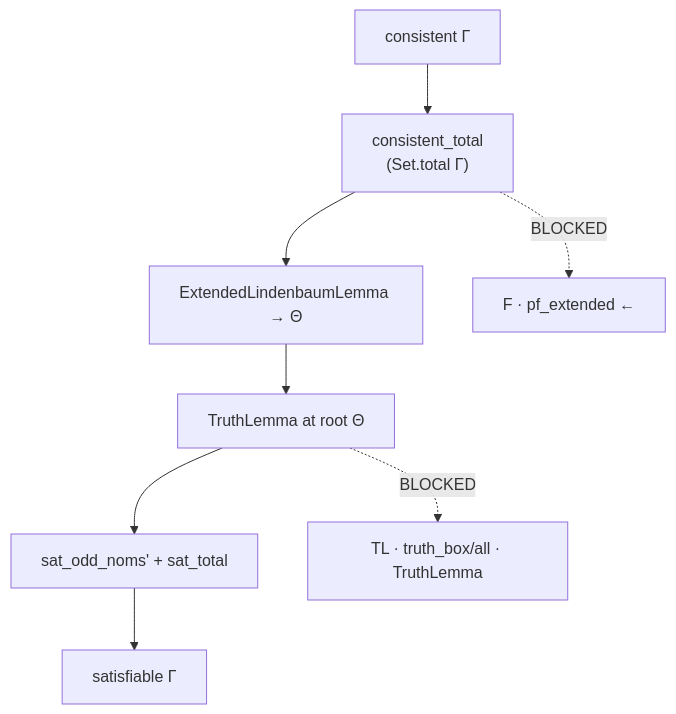
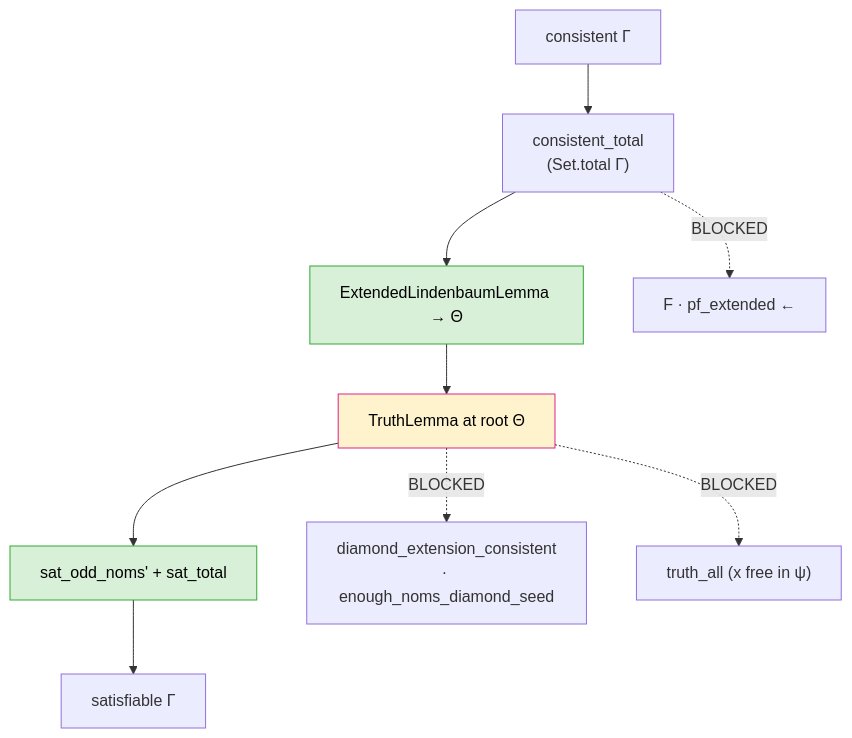
One commit to catskillsresearch/hybrid_logic_lean_revisited changed the fifth of 5 diagrams in arxiv.md. Above: the diagram before and after it, drawn with Mermaid. The commit also changed other lines of this file and 2 other files, not shown here.

Commit message:
Add `subst_depth_bind` theorem in Substitutions.lean to establish depth relationships for substitutions in hybrid logic. Update truth lemma in CompletedModel.lean for clarity and consistency. Revise arxiv.md to reflect these enhancements and their implications for the completeness proof.

````diff
--- a/arxiv.md
+++ b/arxiv.md
@@ -289,10 +326,15 @@
 ```mermaid
 flowchart TD
+  classDef pass fill:#d8efd8,stroke:#3a3,color:#000
+  classDef partial fill:#fff3cd,stroke:#d28,color:#000
+  classDef open fill:#f8d7da,stroke:#c33,color:#000
+
   A["consistent Γ"] --> B["consistent_total<br/>(Set.total Γ)"]
-  B --> C["ExtendedLindenbaumLemma → Θ"]
-  C --> D["TruthLemma at root Θ"]
-  D --> E["sat_odd_noms' + sat_total"]
+  B --> C["ExtendedLindenbaumLemma → Θ"]:::pass
+  C --> D["TruthLemma at root Θ"]:::partial
+  D --> E["sat_odd_noms' + sat_total"]:::pass
   E --> F["satisfiable Γ"]
   B -.->|"BLOCKED"| G["F · pf_extended ←"]
-  D -.->|"BLOCKED"| H["TL · truth_box/all · TruthLemma"]
+  D -.->|"BLOCKED"| H1["diamond_extension_consistent<br/>· enough_noms_diamond_seed"]
+  D -.->|"BLOCKED"| H2["truth_all (x free in ψ)"]
 ```
````
